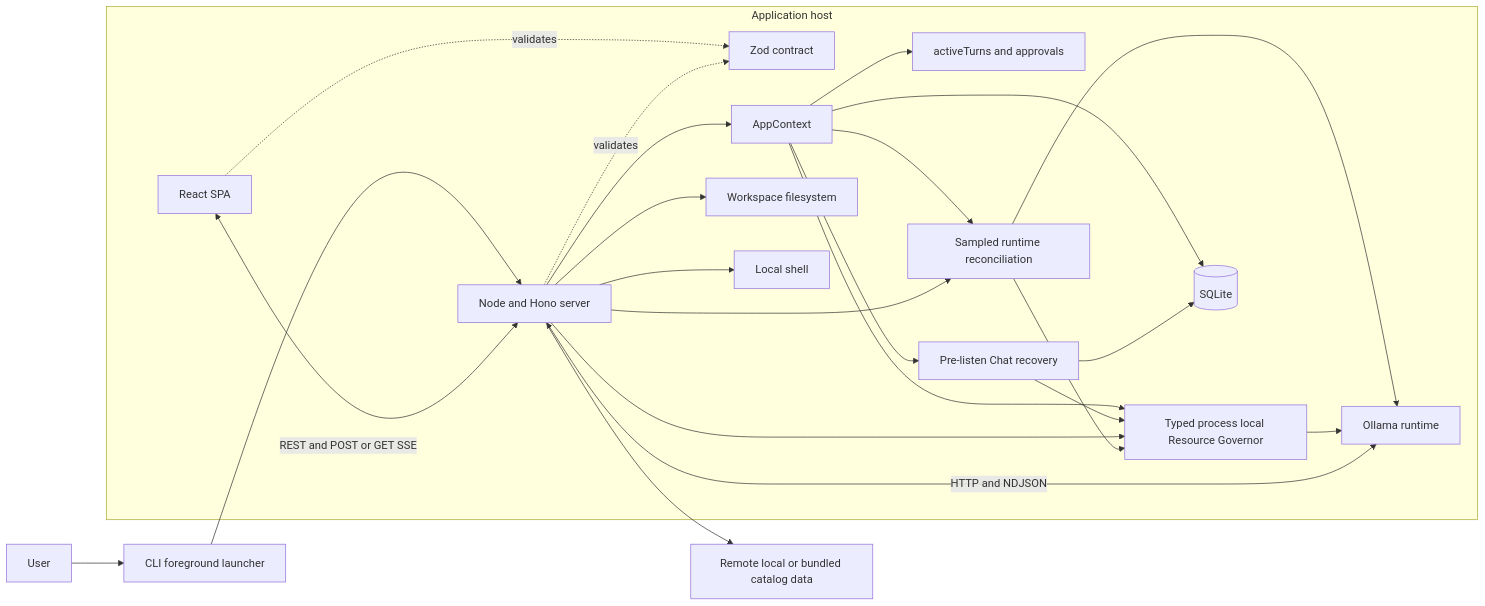
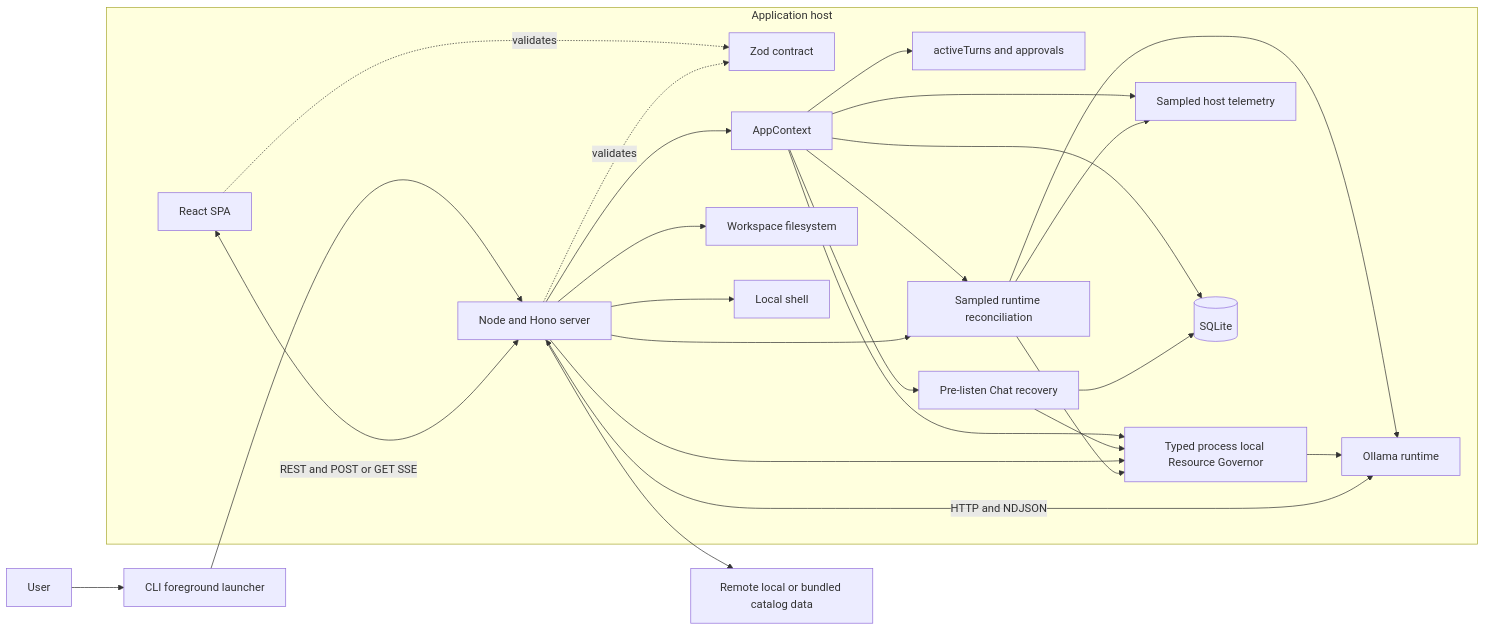
Before and after one commit to MattoYuzuru/Guanxi: the diagram in docs/architecture/diagrams/hld-system-as-is.mmd, drawn with Mermaid. The commit also changed 7 other files, not shown here.

Commit message:
docs(runtime): document P1-H telemetry semantics

```diff
--- a/docs/architecture/diagrams/hld-system-as-is.mmd
+++ b/docs/architecture/diagrams/hld-system-as-is.mmd
@@ -1,39 +1,42 @@
 flowchart LR
     User[User] --> CLI[CLI foreground launcher]
     CLI --> Server
 
     subgraph AppHost[Application host]
         Browser[React SPA]
         Server[Node and Hono server]
         Contract[Zod contract]
         Context[AppContext]
         Memory[activeTurns and approvals]
         Governor[Typed process local Resource Governor]
         Runtime[Sampled runtime reconciliation]
+        Telemetry[Sampled host telemetry]
         Recovery[Pre-listen Chat recovery]
         DB[(SQLite)]
         Files[Workspace filesystem]
         Shell[Local shell]
 
         Browser <-->|REST and POST or GET SSE| Server
         Browser -. validates .-> Contract
         Server -. validates .-> Contract
         Server --> Context
         Context --> Memory
         Context --> Governor
         Context --> Runtime
+        Context --> Telemetry
         Context --> DB
         Context --> Recovery
         Recovery --> DB
         Recovery --> Governor
         Server --> Governor
         Server --> Runtime
         Runtime --> Governor
         Runtime --> Ollama
+        Runtime --> Telemetry
         Governor --> Ollama
         Server --> Files
         Server --> Shell
     end
 
     Server <-->|HTTP and NDJSON| Ollama[Ollama runtime]
     Server --> Catalog[Remote local or bundled catalog data]
```
